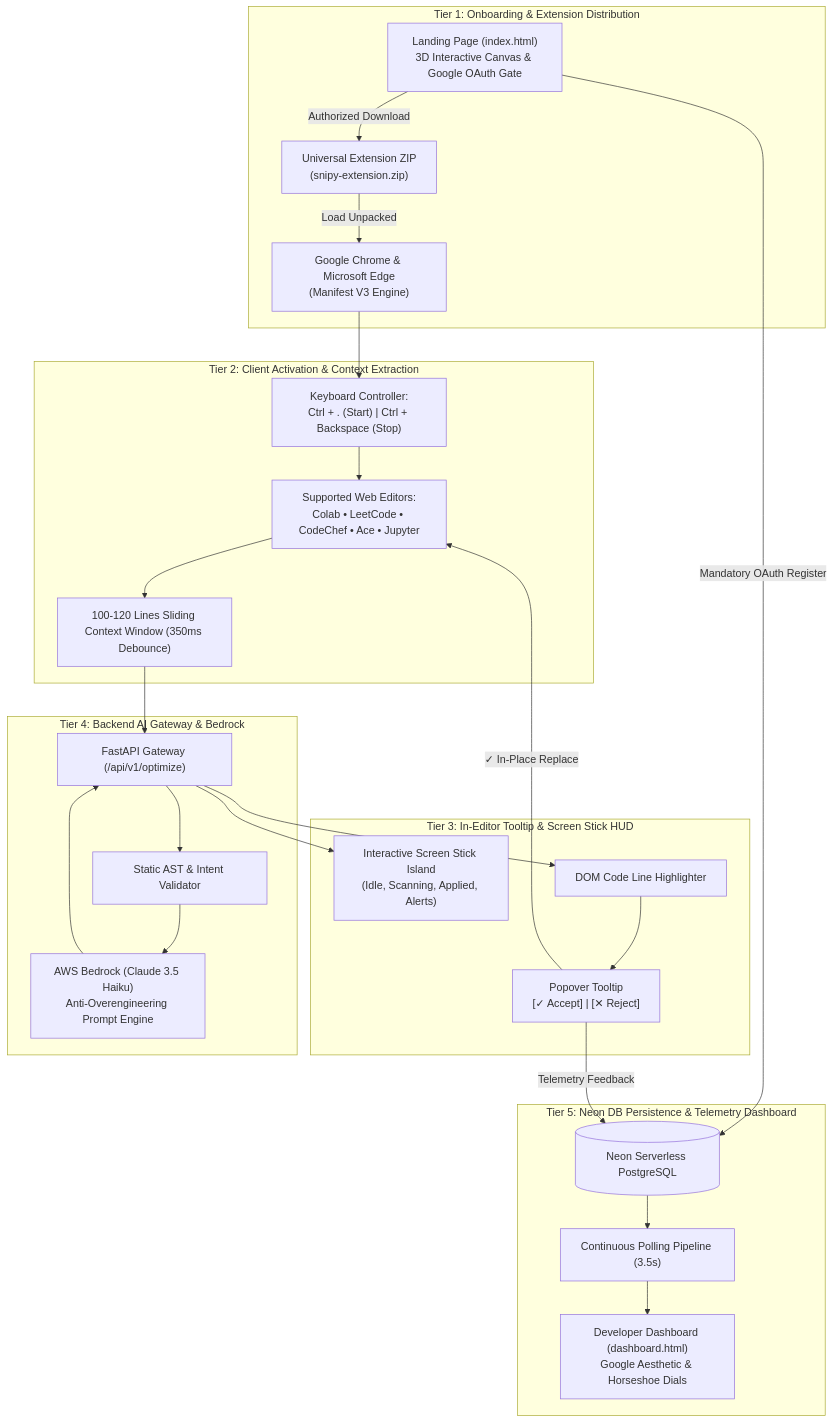
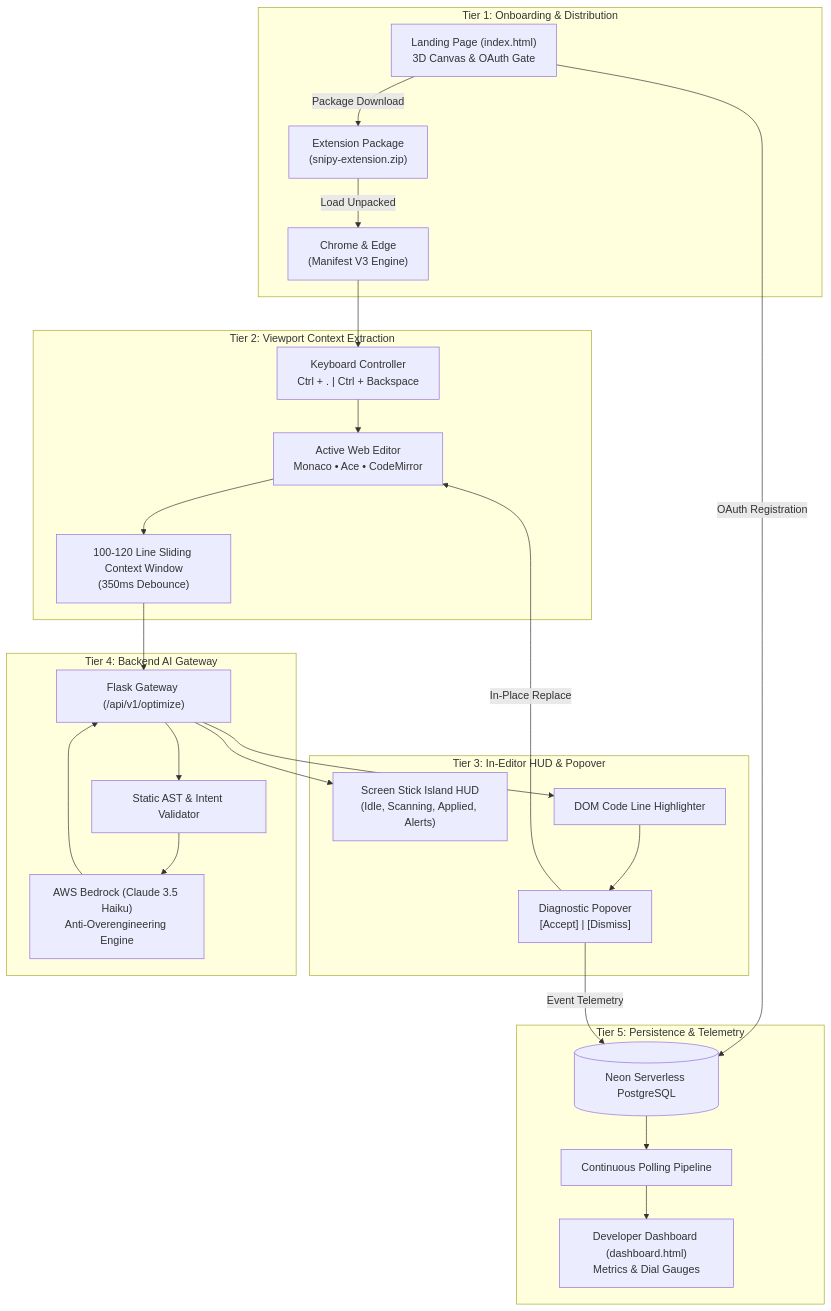
Before and after one commit to parthongit89/snipy-aws: the diagram in README.md, drawn with Mermaid. The commit also changed other lines of this file, not shown here.

````diff
--- a/README.md
+++ b/README.md
@@ -142,50 +97,50 @@
 ```mermaid
 flowchart TD
-    subgraph T1["Tier 1: Onboarding & Extension Distribution"]
-        Landing["Landing Page (index.html)<br/>3D Interactive Canvas & Google OAuth Gate"]
-        Zip["Universal Extension ZIP<br/>(snipy-extension.zip)"]
-        Browsers["Google Chrome & Microsoft Edge<br/>(Manifest V3 Engine)"]
+    subgraph Tier1["Tier 1: Onboarding & Distribution"]
+        Landing["Landing Page (index.html)<br/>3D Canvas & OAuth Gate"]
+        Zip["Extension Package<br/>(snipy-extension.zip)"]
+        Browser["Chrome & Edge<br/>(Manifest V3 Engine)"]
     end
 
-    subgraph T2["Tier 2: Client Activation & Context Extraction"]
-        Keys["Keyboard Controller:<br/>Ctrl + . (Start) | Ctrl + Backspace (Stop)"]
-        Editors["Supported Web Editors:<br/>Colab • LeetCode • CodeChef • Ace • Jupyter"]
-        Window["100-120 Lines Sliding Context Window (350ms Debounce)"]
+    subgraph Tier2["Tier 2: Viewport Context Extraction"]
+        Hotkeys["Keyboard Controller<br/>Ctrl + . | Ctrl + Backspace"]
+        Editor["Active Web Editor<br/>Monaco • Ace • CodeMirror"]
+        Window["100-120 Line Sliding Context Window<br/>(350ms Debounce)"]
     end
 
-    subgraph T3["Tier 3: In-Editor Tooltip & Screen Stick HUD"]
-        Stick["Interactive Screen Stick Island<br/>(Idle, Scanning, Applied, Alerts)"]
+    subgraph Tier3["Tier 3: In-Editor HUD & Popover"]
+        HUD["Screen Stick Island HUD<br/>(Idle, Scanning, Applied, Alerts)"]
         Highlight["DOM Code Line Highlighter"]
-        Tooltip["Popover Tooltip<br/>[✓ Accept] | [✕ Reject]"]
+        Tooltip["Diagnostic Popover<br/>[Accept] | [Dismiss]"]
     end
 
-    subgraph T4["Tier 4: Backend AI Gateway & Bedrock"]
-        Gateway["FastAPI Gateway (/api/v1/optimize)"]
+    subgraph Tier4["Tier 4: Backend AI Gateway"]
+        Gateway["Flask Gateway (/api/v1/optimize)"]
         AST["Static AST & Intent Validator"]
-        Bedrock["AWS Bedrock (Claude 3.5 Haiku)<br/>Anti-Overengineering Prompt Engine"]
+        Bedrock["AWS Bedrock (Claude 3.5 Haiku)<br/>Anti-Overengineering Engine"]
     end
 
-    subgraph T5["Tier 5: Neon DB Persistence & Telemetry Dashboard"]
+    subgraph Tier5["Tier 5: Persistence & Telemetry"]
         NeonDB[("Neon Serverless PostgreSQL")]
-        Telemetry["Continuous Polling Pipeline (3.5s)"]
-        Dashboard["Developer Dashboard (dashboard.html)<br/>Google Aesthetic & Horseshoe Dials"]
+        Telemetry["Continuous Polling Pipeline"]
+        Dashboard["Developer Dashboard (dashboard.html)<br/>Metrics & Dial Gauges"]
     end
 
-    Landing -->|Mandatory OAuth Register| NeonDB
-    Landing -->|Authorized Download| Zip
-    Zip -->|Load Unpacked| Browsers
-    Browsers --> Keys
-    Keys --> Editors
-    Editors --> Window
+    Landing -->|OAuth Registration| NeonDB
+    Landing -->|Package Download| Zip
+    Zip -->|Load Unpacked| Browser
+    Browser --> Hotkeys
+    Hotkeys --> Editor
+    Editor --> Window
     Window --> Gateway
     Gateway --> AST
     AST --> Bedrock
     Bedrock --> Gateway
-    Gateway --> Stick
+    Gateway --> HUD
     Gateway --> Highlight
     Highlight --> Tooltip
-    Tooltip -->|✓ In-Place Replace| Editors
-    Tooltip -->|Telemetry Feedback| NeonDB
+    Tooltip -->|In-Place Replace| Editor
+    Tooltip -->|Event Telemetry| NeonDB
     NeonDB --> Telemetry
     Telemetry --> Dashboard
 ```
````
